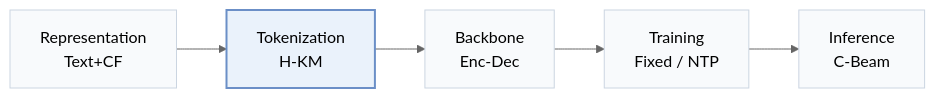
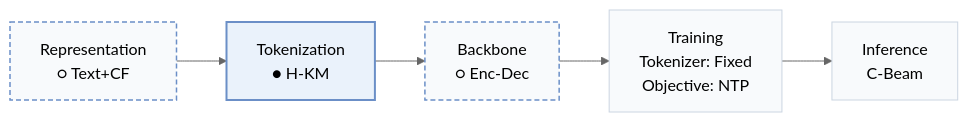
Before and after one commit to Galaxy-ghost/Awesome-SID-Generative-Rec: the first of 3 diagrams in pages/papers/gram.md, drawn with Mermaid (neutral theme). The commit also changed other lines of this file and 558 other files, not shown here.

````diff
--- a/pages/papers/gram.md
+++ b/pages/papers/gram.md
@@ -15,8 +18,10 @@
 ```mermaid
 flowchart LR
-    R["Representation<br/>Text+CF"] --> T["Tokenization<br/>H-KM"] --> B["Backbone<br/>Enc-Dec"] --> TR["Training<br/>Fixed / NTP"] --> I["Inference<br/>C-Beam"]
+    R["Representation<br/>○ Text+CF"] --> T["Tokenization<br/>● H-KM"] --> B["Backbone<br/>○ Enc-Dec"] --> TR["Training<br/>Tokenizer: Fixed<br/>Objective: NTP"] --> I["Inference<br/>C-Beam"]
     classDef base fill:#f8fafc,stroke:#cbd5e1
     class R,T,B,TR,I base
+    classDef other fill:#f8fafc,stroke:#6b8fc7,stroke-width:1.5px,stroke-dasharray:5 3
+    class R,B other
     classDef main fill:#eaf2fb,stroke:#6b8fc7,stroke-width:2px
     class T main
 ```
````
